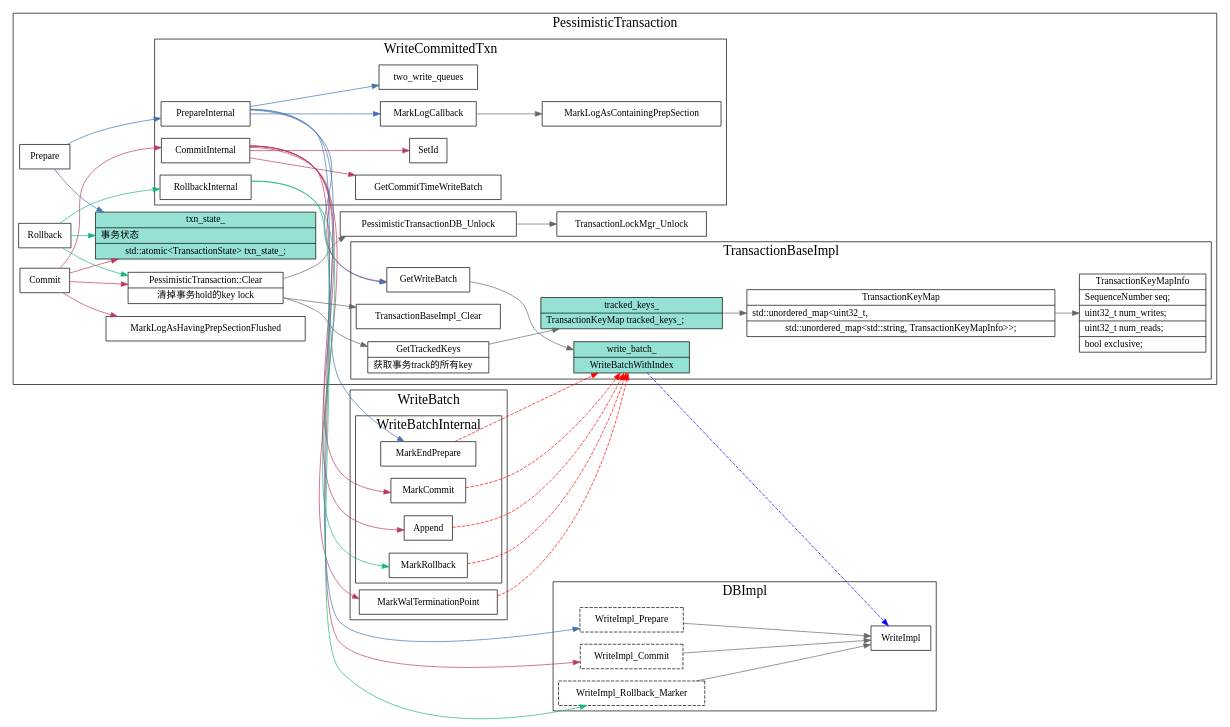
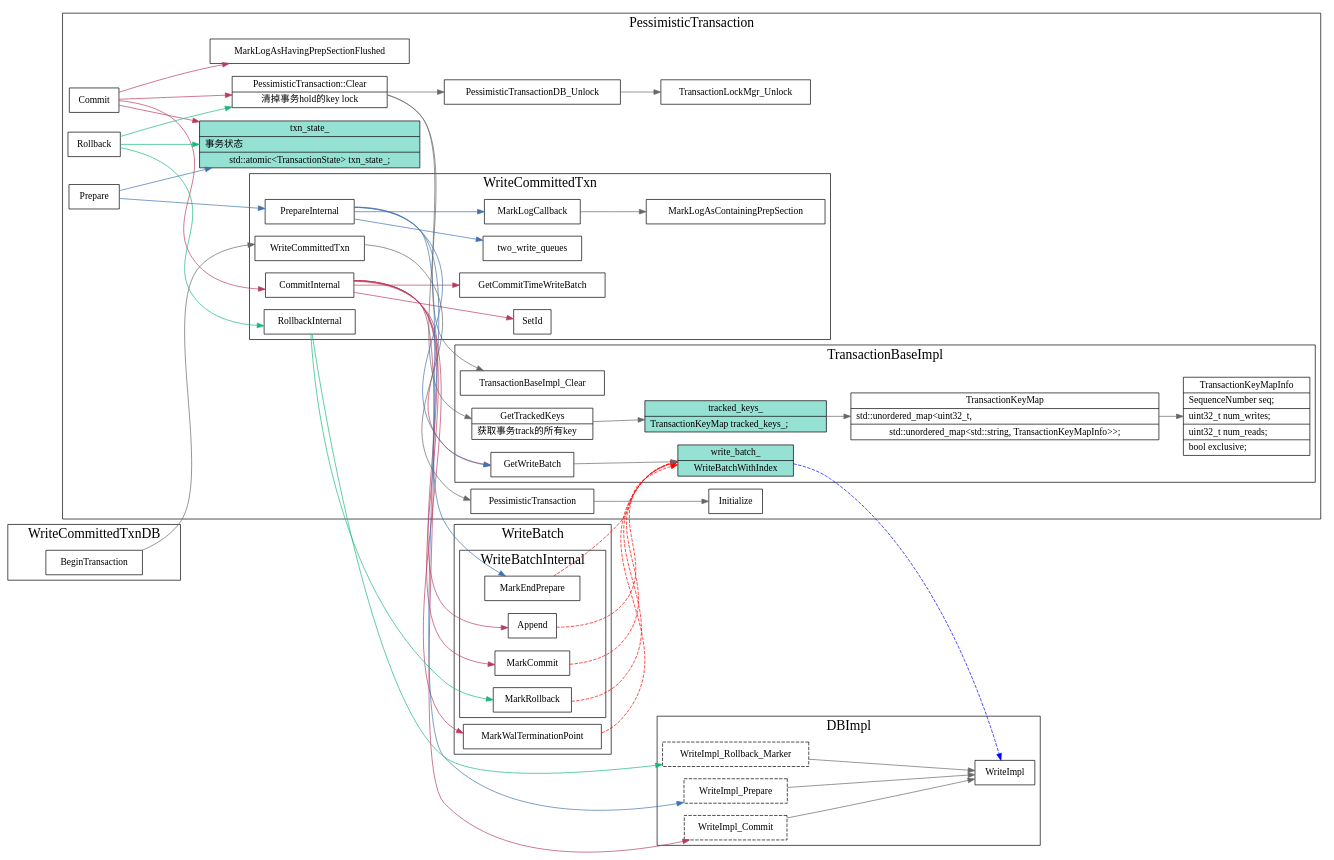
The diagram in src/rocksdb/write-committed.dot (xieyu/blog), drawn with Graphviz before and after one commit. The commit also changed 13 other files, not shown here.

```diff
--- a/src/rocksdb/write-committed.dot
+++ b/src/rocksdb/write-committed.dot
@@ -1,178 +1,188 @@
 digraph write_committed {
   node[shape=box];
   edge[color=gray40];
   newrank=true;
   rankdir=LR;
 
   subgraph cluster_DBImpl {
     graph[label="DBImpl";fontsize=20;];
     WriteImpl_Prepare[style=dashed]
     WriteImpl_Rollback_Marker[style=dashed];
     WriteImpl_Commit[style=dashed];
     {
       WriteImpl_Commit;
       WriteImpl_Prepare;
       WriteImpl_Rollback_Marker;
     } -> WriteImpl;
 
   }
 
   subgraph cluster_WriteBatch {
     graph[label="WriteBatch";fontsize=20;];
     MarkWalTerminationPoint;
     subgraph cluster_WriteBatchInternal {
       graph[label="WriteBatchInternal";fontsize=20;];
       MarkCommit;
       WriteBatchInternal_Append;
       WriteBatchInternal_Append[
         shape="record"
         label="{{
           Append
         }}"
       ];
       MarkEndPrepare;
       MarkRollback;
     }
   }
 
 
   subgraph cluster_PessimisticTransaction {
     graph[label="PessimisticTransaction";fontsize=20;];
 
     Commit ->{
       CommitInternal;
       txn_state_;
       MarkLogAsHavingPrepSectionFlushed;
       PessimisticTransaction_Clear;
     }[color="#b83b5e"];
 
     Prepare -> {
       PrepareInternal;
       txn_state_;
     }[color="#3f72af"];
 
     Rollback -> {
       RollbackInternal;
       txn_state_;
       PessimisticTransaction_Clear;
     }[color="#17b978"];
 
     PessimisticTransaction_Clear[
       shape="record"
       label="{{
         PessimisticTransaction::Clear|
         清掉事务hold的key lock
       }}"
     ];
     GetTrackedKeys[
       shape="record"
       label="{{
         GetTrackedKeys|
         获取事务track的所有key\l
       }}"
     ];
 
 
     PessimisticTransaction_Clear -> {
       GetTrackedKeys;
       PessimisticTransactionDB_Unlock;
       TransactionBaseImpl_Clear;
     }
     PessimisticTransactionDB_Unlock -> TransactionLockMgr_Unlock;
     txn_state_[
       shape="record";
       fillcolor="#95e1d3"
       style=filled;
       label="{{
         txn_state_|
         事务状态\l|
         std::atomic\<TransactionState\> txn_state_;
       }}"
     ];
 
 
     subgraph cluster_TransactionBaseImpl {
       graph[label=" TransactionBaseImpl";fontsize=20;];
       GetWriteBatch -> write_batch_;
       write_batch_[
         shape="record";
         fillcolor="#95e1d3"
         style=filled;
         label="{{
           write_batch_|
           WriteBatchWithIndex
         }}"
       ];
       write_batch_ -> WriteImpl[style=dashed;color=blue];
       {
         MarkCommit;
         WriteBatchInternal_Append;
         MarkEndPrepare;
         MarkRollback;
         MarkWalTerminationPoint;
       } -> write_batch_[style=dashed;color=red];
 
       TransactionBaseImpl_Clear
       GetTrackedKeys -> tracked_keys_;
       tracked_keys_[
         shape="record";
         fillcolor="#95e1d3"
         style=filled;
         label="{{
           tracked_keys_|
             TransactionKeyMap tracked_keys_;\l
         }}"
       ];
       tracked_keys_ -> TransactionKeyMap
 
       TransactionKeyMap[
         shape="record"
         label="{{
           TransactionKeyMap|
             std::unordered_map\<uint32_t,\l|
                          std::unordered_map\<std::string, TransactionKeyMapInfo\>\>;
         }}"
       ];
       TransactionKeyMap -> TransactionKeyMapInfo;
       TransactionKeyMapInfo[
         shape="record"
         label="{{
           TransactionKeyMapInfo|
             SequenceNumber seq;\l|
             uint32_t num_writes;\l|
             uint32_t num_reads;\l|
             bool exclusive;\l
         }}"
       ];
     }
 
     subgraph cluster_WriteCommittedTxn {
       graph[label="WriteCommittedTxn";fontsize=20;];
       CommitInternal -> {
         GetCommitTimeWriteBatch;
         MarkWalTerminationPoint;
         MarkCommit;
         WriteBatchInternal_Append;
         GetWriteBatch;
         WriteImpl_Commit;
         SetId;
       }[color="#b83b5e"]
 
       PrepareInternal -> {
         MarkEndPrepare;
         GetWriteBatch;
         MarkLogCallback;
         two_write_queues;
         WriteImpl_Prepare;
       }[color="#3f72af"];
 
       MarkLogCallback -> {
         MarkLogAsContainingPrepSection;
       }
       RollbackInternal -> {
         MarkRollback;
         WriteImpl_Rollback_Marker;
       }[color="#17b978"];
+      WriteCommittedTxn;
+    }
+    WriteCommittedTxn -> PessimisticTransaction;
+    PessimisticTransaction -> Initialize;
+  }
+
+  subgraph cluster_WriteCommittedTxnDB {
+    graph[label="WriteCommittedTxnDB";fontsize=20;];
+    BeginTransaction -> {
+      WriteCommittedTxn;
     }
   }
 }
```
